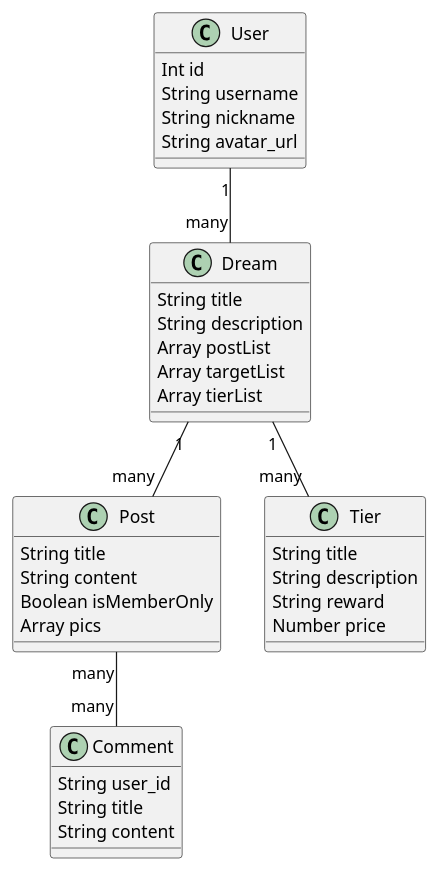
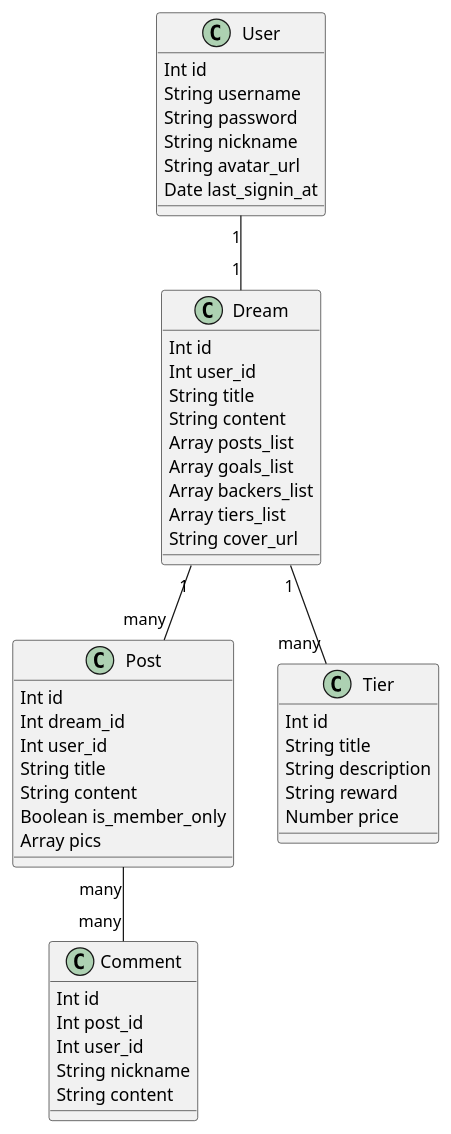
Before and after one commit to 109km/clients-server-frame: the diagram in docs/db-tables-design.wsd, drawn with PlantUML. The commit also changed 3 other files, not shown here.

```diff
--- a/docs/db-tables-design.wsd
+++ b/docs/db-tables-design.wsd
@@ -1,37 +1,49 @@
 @startuml
 class User{
   Int id
   String username
+  String password
   String nickname
   String avatar_url
+  Date last_signin_at
 }
 class Dream{
+  Int id
+  Int user_id
   String title
-  String description
-  Array postList
-  Array targetList
-  Array tierList
+  String content
+  Array posts_list
+  Array goals_list
+  Array backers_list
+  Array tiers_list
+  String cover_url
 }
 class Post{
+  Int id
+  Int dream_id
+  Int user_id
   String title
   String content
-  Boolean isMemberOnly
+  Boolean is_member_only
   Array pics
 }
 class Tier{
+  Int id
   String title
   String description
   String reward
   Number price
 }
 class Comment{
-  String user_id
-  String title
+  Int id
+  Int post_id
+  Int user_id
+  String nickname
   String content
 }
-User "1" -- "many" Dream
+User "1" -- "1" Dream
 Dream "1" -- "many" Tier
 Dream "1" -- "many" Post
 Post "many" -- "many" Comment
 
 @enduml
```
